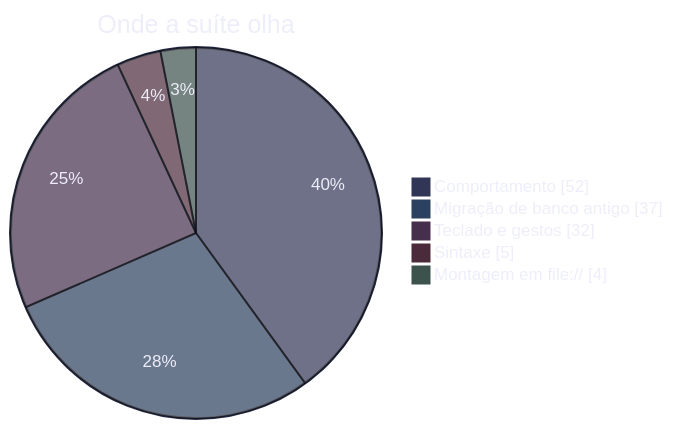
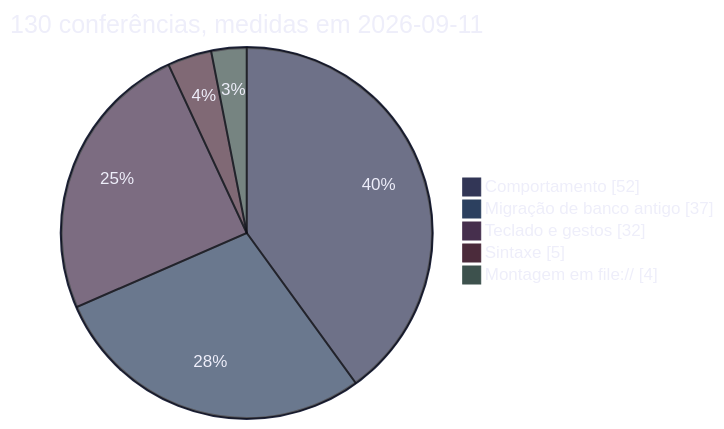
The third of 3 diagrams in README.md (v-amorim/academia), drawn with Mermaid before and after one commit. The commit also changed other lines of this file, not shown here.

````diff
--- a/README.md
+++ b/README.md
@@ -102,10 +155,44 @@
 ```mermaid
-%%{init: {"theme": "base", "themeVariables": {"darkMode": true, "background": "#0D0E17", "mainBkg": "#141726", "primaryColor": "#141726", "primaryTextColor": "#EEEEFA", "primaryBorderColor": "#7386d0", "secondaryColor": "#252A42", "secondaryTextColor": "#EEEEFA", "secondaryBorderColor": "#8A9BE0", "tertiaryColor": "#7386D0", "tertiaryTextColor": "#EEEEFA", "tertiaryBorderColor": "#A2B0EA", "lineColor": "#7386d0", "textColor": "#EEEEFA", "titleColor": "#EEEEFA", "labelColor": "#EEEEFA", "nodeBorder": "#7386d0", "nodeTextColor": "#EEEEFA", "clusterBkg": "#1C2033", "clusterBorder": "#252A42", "edgeLabelBackground": "#141726", "defaultLinkColor": "#7386d0", "fontFamily": "Mulish, system-ui, sans-serif", "fontSize": "14px", "pie1": "#323656", "pie2": "#2c405f", "pie3": "#462f4d", "pie4": "#4b2b3b", "pie5": "#3d514d", "pie6": "#594939", "pie7": "#42445c", "pie8": "#403e5d", "pieTitleTextColor": "#EEEEFA", "pieSectionTextColor": "#EEEEFA", "pieLegendTextColor": "#EEEEFA", "pieStrokeColor": "#0D0E17", "pieOuterStrokeColor": "#252A42"}}}%%
+---
+config:
+  theme: base
+  themeVariables:
+    darkMode: true
+    background: "#0D0E17"
+    mainBkg: "#141726"
+    primaryColor: "#141726"
+    primaryTextColor: "#EEEEFA"
+    primaryBorderColor: "#7386d0"
+    secondaryColor: "#252A42"
+    secondaryTextColor: "#EEEEFA"
+    tertiaryColor: "#7386D0"
+    tertiaryTextColor: "#EEEEFA"
+    lineColor: "#7386d0"
+    textColor: "#EEEEFA"
+    titleColor: "#EEEEFA"
+    labelColor: "#EEEEFA"
+    nodeBorder: "#7386d0"
+    nodeTextColor: "#EEEEFA"
+    edgeLabelBackground: "#141726"
+    defaultLinkColor: "#7386d0"
+    fontFamily: "Mulish, system-ui, sans-serif"
+    fontSize: "14px"
+    pie1: "#323656"
+    pie2: "#2c405f"
+    pie3: "#462f4d"
+    pie4: "#4b2b3b"
+    pie5: "#3d514d"
+    pieTitleTextColor: "#EEEEFA"
+    pieSectionTextColor: "#EEEEFA"
+    pieLegendTextColor: "#EEEEFA"
+    pieStrokeColor: "#0D0E17"
+    pieOuterStrokeColor: "#252A42"
+---
 pie showData
-  title Onde a suíte olha
+  title 130 conferências, medidas em 2026-09-11
   "Comportamento" : 52
   "Migração de banco antigo" : 37
   "Teclado e gestos" : 32
   "Sintaxe" : 5
   "Montagem em file://" : 4
 ```
````
